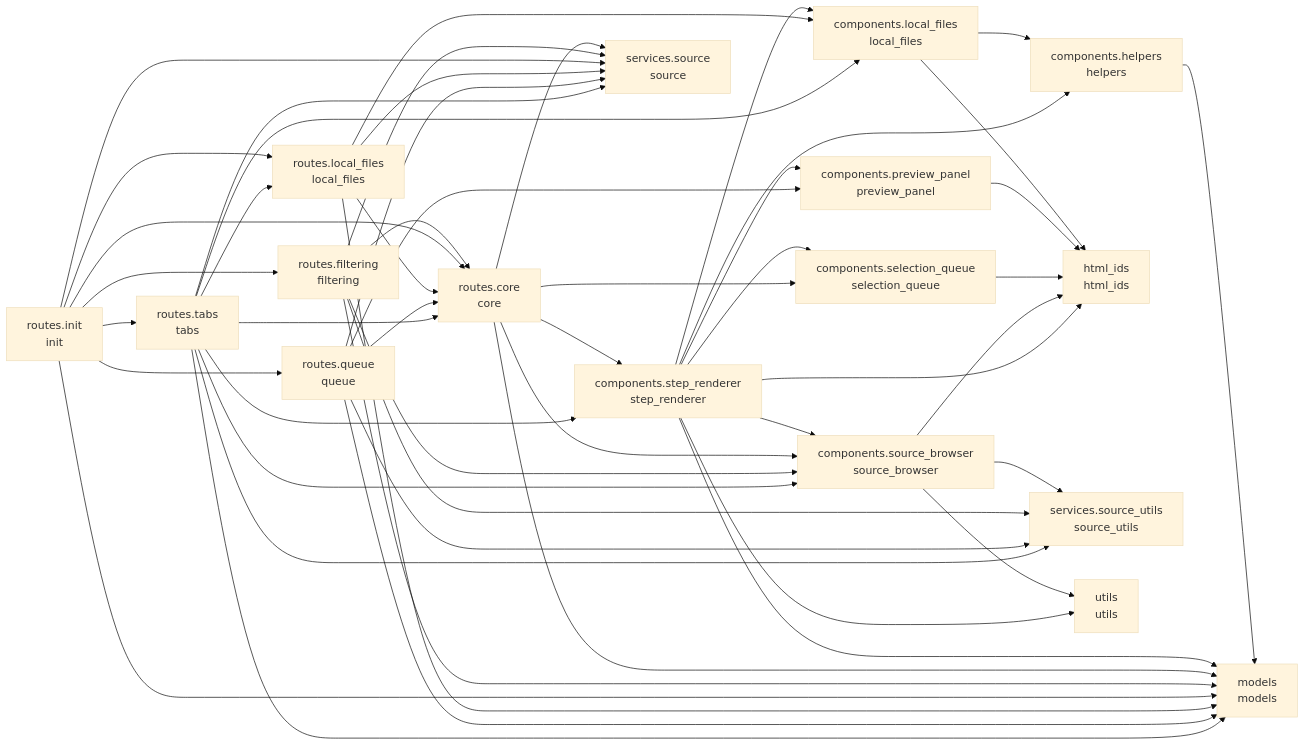
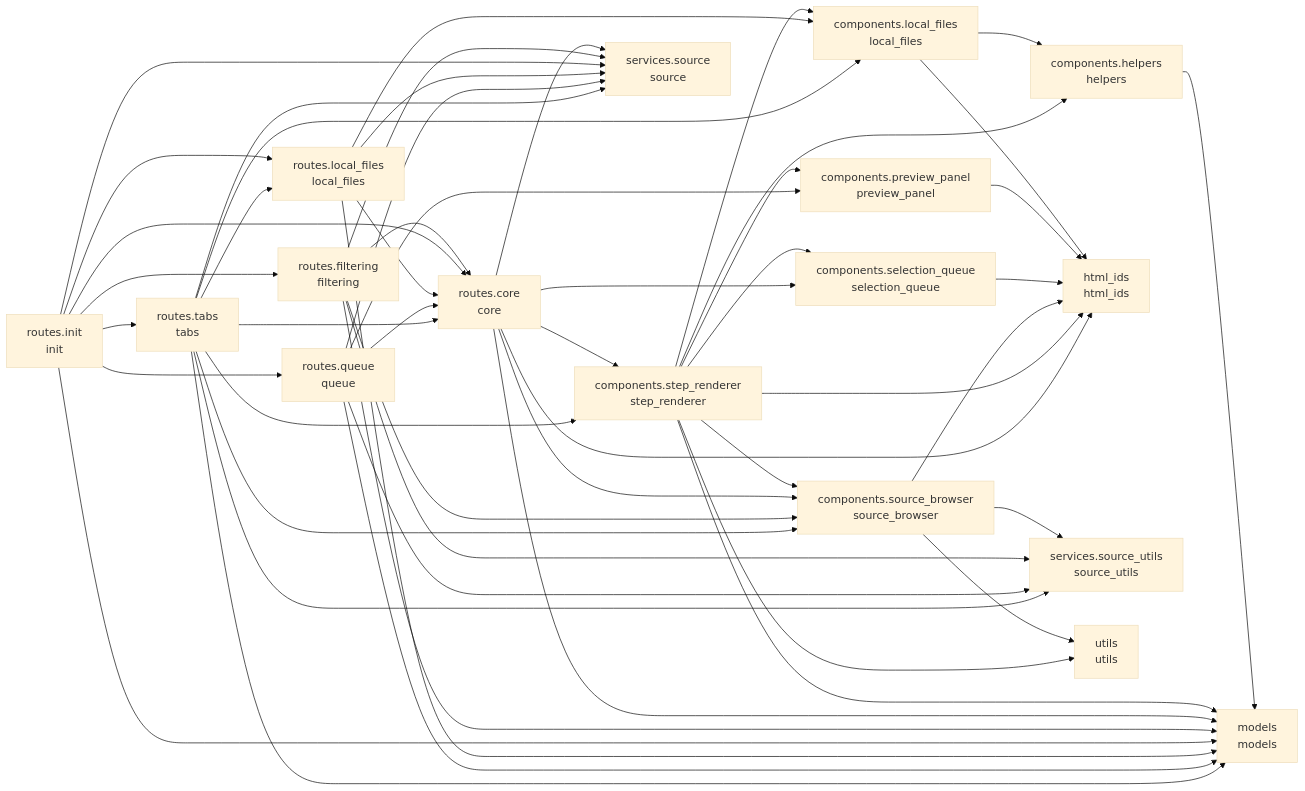
The diagram in README.md (cj-mills/cjm-transcript-source-select), drawn with Mermaid (base theme) before and after one commit. The commit also changed other lines of this file and 10 other files, not shown here.

````diff
--- a/README.md
+++ b/README.md
@@ -40,71 +40,72 @@
 ``` mermaid
 graph LR
     components_helpers[components.helpers<br/>helpers]
     components_local_files[components.local_files<br/>local_files]
     components_preview_panel[components.preview_panel<br/>preview_panel]
     components_selection_queue[components.selection_queue<br/>selection_queue]
     components_source_browser[components.source_browser<br/>source_browser]
     components_step_renderer[components.step_renderer<br/>step_renderer]
     html_ids[html_ids<br/>html_ids]
     models[models<br/>models]
     routes_core[routes.core<br/>core]
     routes_filtering[routes.filtering<br/>filtering]
     routes_init[routes.init<br/>init]
     routes_local_files[routes.local_files<br/>local_files]
     routes_queue[routes.queue<br/>queue]
     routes_tabs[routes.tabs<br/>tabs]
     services_source[services.source<br/>source]
     services_source_utils[services.source_utils<br/>source_utils]
     utils[utils<br/>utils]
 
     components_helpers --> models
     components_local_files --> components_helpers
     components_local_files --> html_ids
     components_preview_panel --> html_ids
     components_selection_queue --> html_ids
     components_source_browser --> utils
     components_source_browser --> services_source_utils
     components_source_browser --> html_ids
-    components_step_renderer --> utils
-    components_step_renderer --> components_helpers
+    components_step_renderer --> components_selection_queue
     components_step_renderer --> components_preview_panel
-    components_step_renderer --> components_selection_queue
     components_step_renderer --> components_local_files
     components_step_renderer --> components_source_browser
+    components_step_renderer --> components_helpers
+    components_step_renderer --> utils
+    components_step_renderer --> html_ids
     components_step_renderer --> models
-    components_step_renderer --> html_ids
-    routes_core --> components_source_browser
-    routes_core --> components_selection_queue
+    routes_core --> components_step_renderer
     routes_core --> services_source
     routes_core --> models
-    routes_core --> components_step_renderer
-    routes_filtering --> components_source_browser
+    routes_core --> html_ids
+    routes_core --> components_selection_queue
+    routes_core --> components_source_browser
+    routes_filtering --> services_source
     routes_filtering --> services_source_utils
     routes_filtering --> routes_core
-    routes_filtering --> services_source
+    routes_filtering --> components_source_browser
     routes_filtering --> models
     routes_init --> routes_filtering
+    routes_init --> routes_local_files
     routes_init --> services_source
+    routes_init --> routes_tabs
     routes_init --> models
+    routes_init --> routes_core
     routes_init --> routes_queue
-    routes_init --> routes_local_files
-    routes_init --> routes_core
-    routes_init --> routes_tabs
+    routes_local_files --> services_source
+    routes_local_files --> routes_core
+    routes_local_files --> models
     routes_local_files --> components_local_files
-    routes_local_files --> routes_core
-    routes_local_files --> services_source
-    routes_local_files --> models
     routes_queue --> routes_core
+    routes_queue --> components_preview_panel
     routes_queue --> services_source
+    routes_queue --> services_source_utils
     routes_queue --> models
-    routes_queue --> services_source_utils
-    routes_queue --> components_preview_panel
+    routes_tabs --> routes_local_files
+    routes_tabs --> components_source_browser
+    routes_tabs --> services_source_utils
+    routes_tabs --> services_source
+    routes_tabs --> routes_core
+    routes_tabs --> models
     routes_tabs --> components_local_files
-    routes_tabs --> routes_local_files
-    routes_tabs --> routes_core
-    routes_tabs --> components_source_browser
     routes_tabs --> components_step_renderer
-    routes_tabs --> models
-    routes_tabs --> services_source
-    routes_tabs --> services_source_utils
 ```
````
